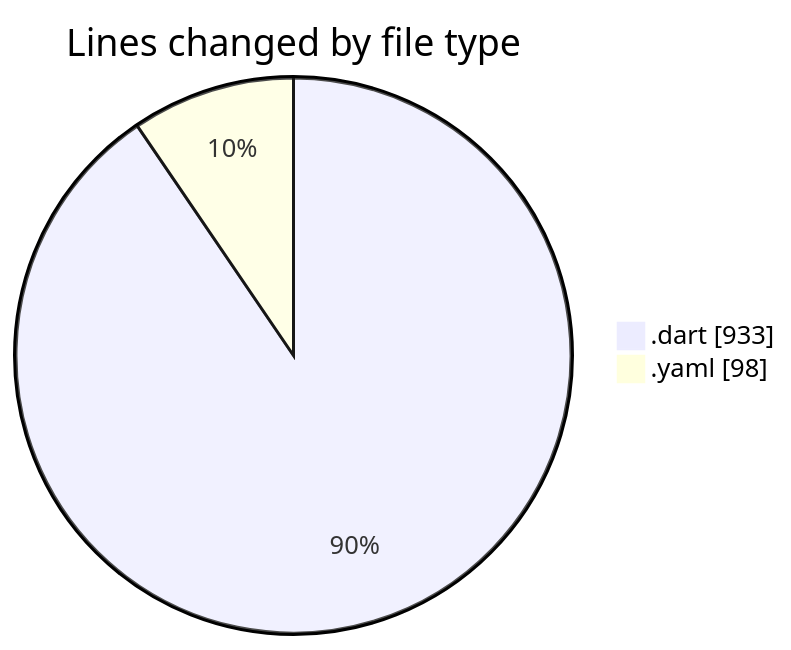
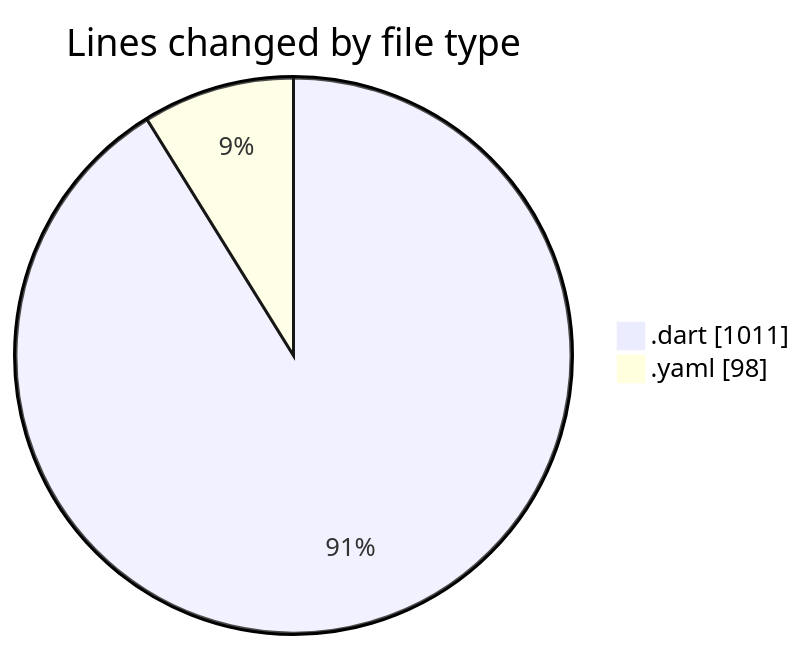
One commit to donsfak/code-tracking changed the first of 2 diagrams in 2025-11-01/weather_insights_app/README.md. Above: the diagram before and after it, drawn with Mermaid. The commit also changed other lines of this file and 1 other file, not shown here.

````diff
--- a/2025-11-01/weather_insights_app/README.md
+++ b/2025-11-01/weather_insights_app/README.md
@@ -25,6 +25,6 @@
 ```mermaid
 pie showData
 title Lines changed by file type
-".dart" : 933
+".dart" : 1011
 ".yaml" : 98
 ```
````
